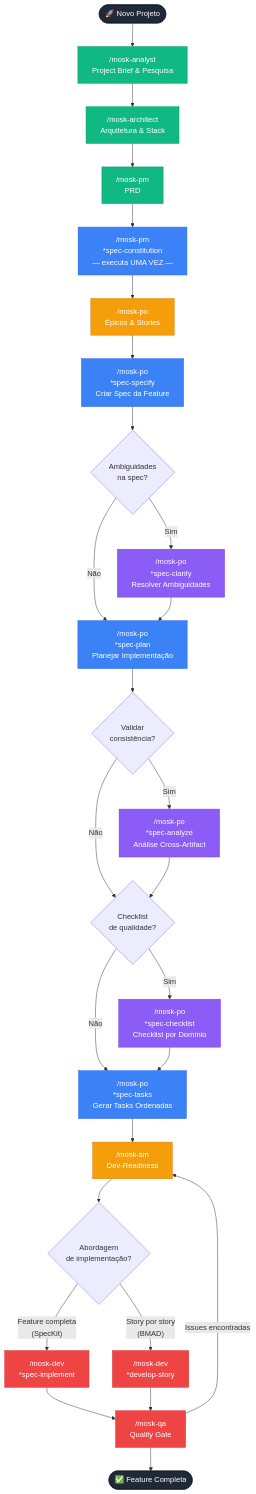
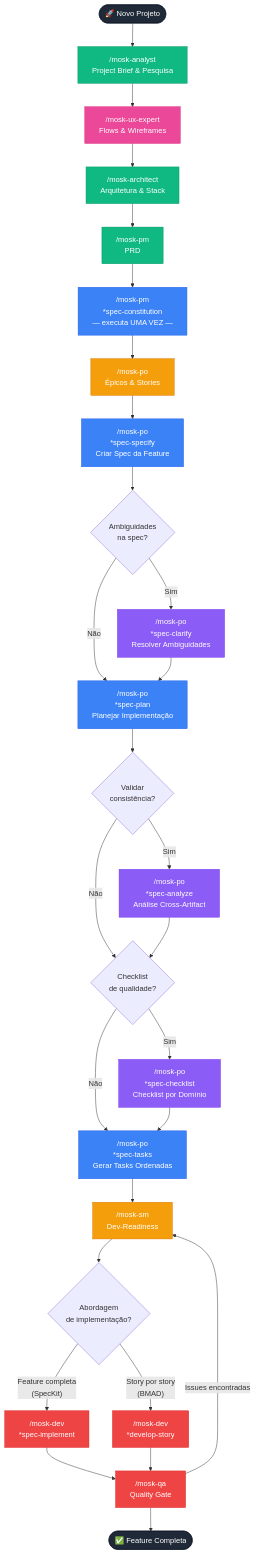
One commit to rogerznts/mosk changed the first of 2 diagrams in README.md. Above: the diagram before and after it, drawn with Mermaid. The commit also changed other lines of this file and 3 other files, not shown here.

Commit message:
feat: Integrate UX expert earlier into the project workflow and clarify its role in user flows and front-end specifications.

````diff
--- a/README.md
+++ b/README.md
@@ -104,72 +104,76 @@
 ```mermaid
 flowchart TD
     Start(["🚀 Novo Projeto"]) --> A1["/mosk-analyst
     Project Brief & Pesquisa"]
-    A1 --> A2["/mosk-architect
+    A1 --> UX["/mosk-ux-expert
+    Flows & Wireframes"]
+    UX --> A2["/mosk-architect
     Arquitetura & Stack"]
     A2 --> A3["/mosk-pm
     PRD"]
     A3 --> C["/mosk-pm
     *spec-constitution
     — executa UMA VEZ —"]
 
     C --> PO["/mosk-po
     Épicos & Stories"]
     PO --> S["/mosk-po
     *spec-specify
     Criar Spec da Feature"]
     S --> CQ{"Ambiguidades
     na spec?"}
     CQ -->|Sim| CL["/mosk-po
     *spec-clarify
     Resolver Ambiguidades"]
     CQ -->|Não| P
     CL --> P["/mosk-po
     *spec-plan
     Planejar Implementação"]
     P --> AQ{"Validar
     consistência?"}
     AQ -->|Sim| AN["/mosk-po
     *spec-analyze
     Análise Cross-Artifact"]
     AQ -->|Não| CHQ
     AN --> CHQ{"Checklist
     de qualidade?"}
     CHQ -->|Sim| CH["/mosk-po
     *spec-checklist
     Checklist por Domínio"]
     CHQ -->|Não| T
     CH --> T["/mosk-po
     *spec-tasks
     Gerar Tasks Ordenadas"]
 
     T --> SM["/mosk-sm
     Dev-Readiness"]
     SM --> DQ{"Abordagem
     de implementação?"}
     DQ -->|"Feature completa
     (SpecKit)"| DI["/mosk-dev
     *spec-implement"]
     DQ -->|"Story por story
     (BMAD)"| DS["/mosk-dev
     *develop-story"]
     DI --> QA["/mosk-qa
     Quality Gate"]
     DS --> QA
     QA --> Done(["✅ Feature Completa"])
     QA -->|Issues encontradas| SM
 
     classDef discovery fill:#10b981,stroke:#059669,color:#fff
+    classDef ux fill:#ec4899,stroke:#db2777,color:#fff
     classDef speckit fill:#3b82f6,stroke:#2563eb,color:#fff
     classDef optional fill:#8b5cf6,stroke:#7c3aed,color:#fff
     classDef stories fill:#f59e0b,stroke:#d97706,color:#fff
     classDef impl fill:#ef4444,stroke:#dc2626,color:#fff
     classDef endpoint fill:#1f2937,stroke:#111827,color:#fff
 
     class A1,A2,A3 discovery
+    class UX ux
     class C,S,P,T speckit
     class CL,AN,CH optional
     class PO,SM stories
     class DI,DS,QA impl
     class Start,Done endpoint
 ```
````
